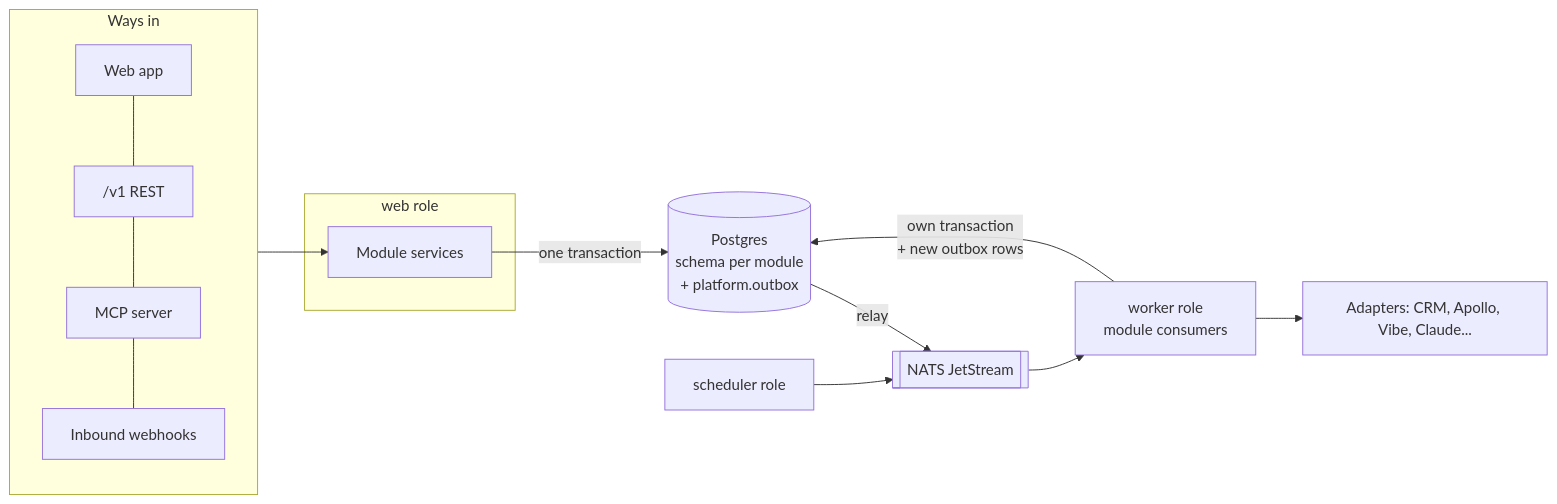
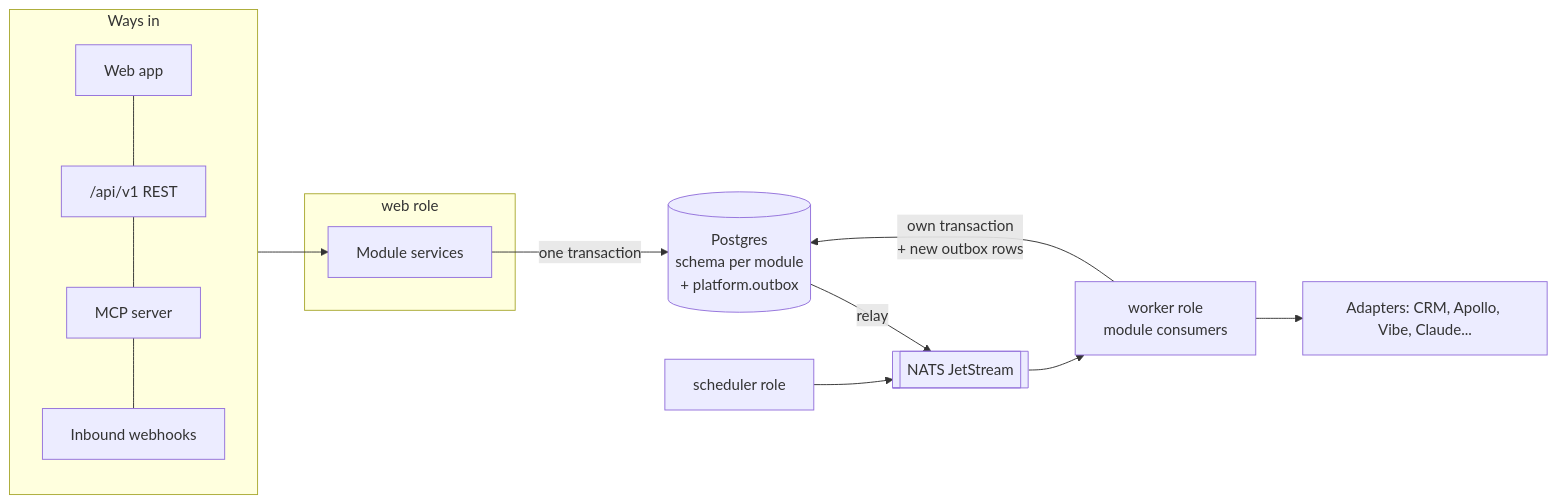
The diagram in docs/spec/architecture/index.md (yasirdrabu/tz-scout), drawn with Mermaid before and after one commit. The commit also changed other lines of this file and 148 other files, not shown here.

````diff
--- a/docs/spec/architecture/index.md
+++ b/docs/spec/architecture/index.md
@@ -20,16 +20,16 @@
 ```mermaid
 flowchart LR
   subgraph In[Ways in]
-    UI[Web app] --- API["/v1 REST"] --- MCP[MCP server] --- WH[Inbound webhooks]
+    UI[Web app] --- API["/api/v1 REST"] --- MCP[MCP server] --- WH[Inbound webhooks]
   end
   subgraph Web[web role]
     SVC[Module services]
   end
   In --> SVC
   SVC -->|one transaction| PG[(Postgres\nschema per module\n+ platform.outbox)]
   PG -->|relay| NATS[[NATS JetStream]]
   NATS --> W[worker role\nmodule consumers]
   W -->|own transaction\n+ new outbox rows| PG
   S[scheduler role] --> NATS
   W --> EXT[Adapters: CRM, Apollo, Vibe, Claude...]
 ```
````
